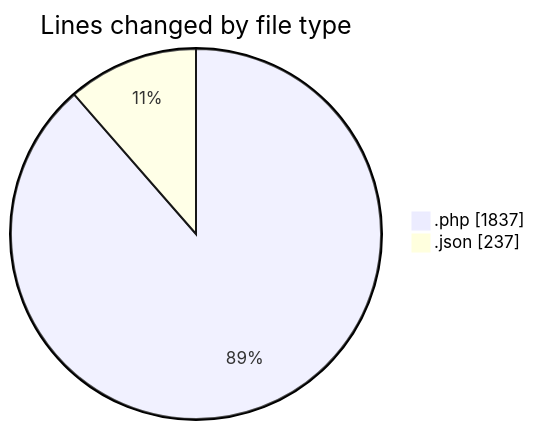
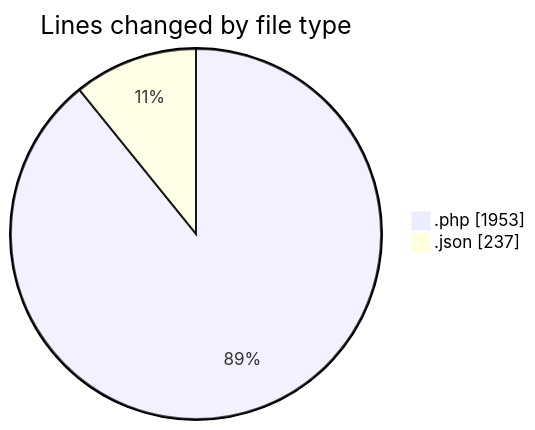
Before and after one commit to idhammustaqopulfikri/code-tracking: the first of 2 diagrams in 2025-06-15/studio-backend/README.md, drawn with Mermaid. The commit also changed other lines of this file and 1 other file, not shown here.

````diff
--- a/2025-06-15/studio-backend/README.md
+++ b/2025-06-15/studio-backend/README.md
@@ -31,6 +31,6 @@
 ```mermaid
 pie showData
 title Lines changed by file type
-".php" : 1837
+".php" : 1953
 ".json" : 237
 ```
````
